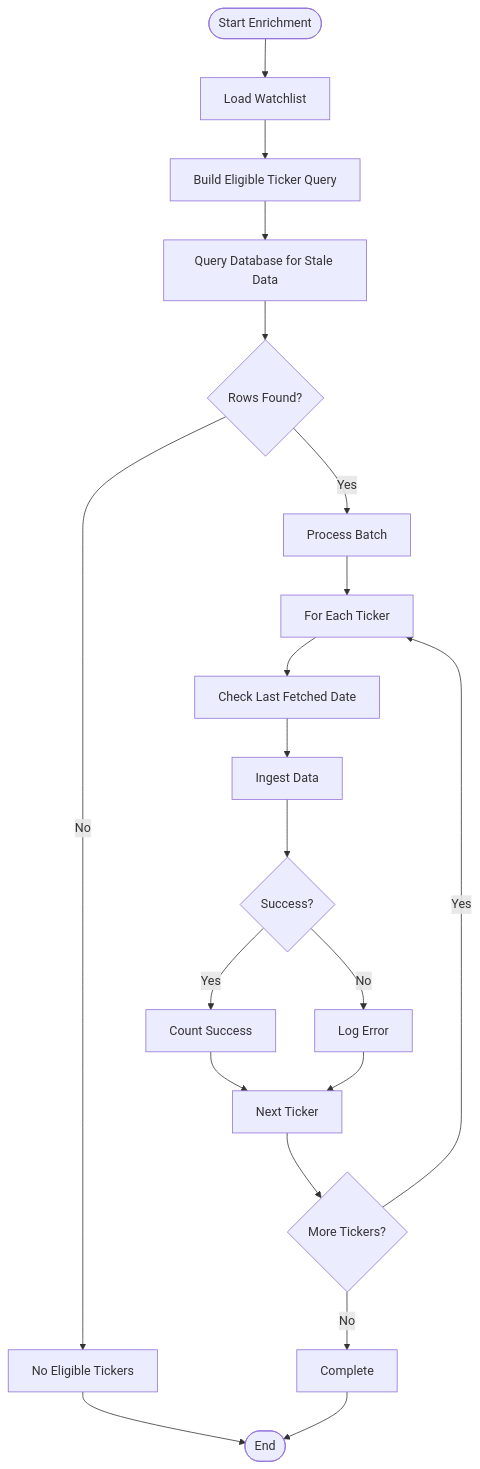
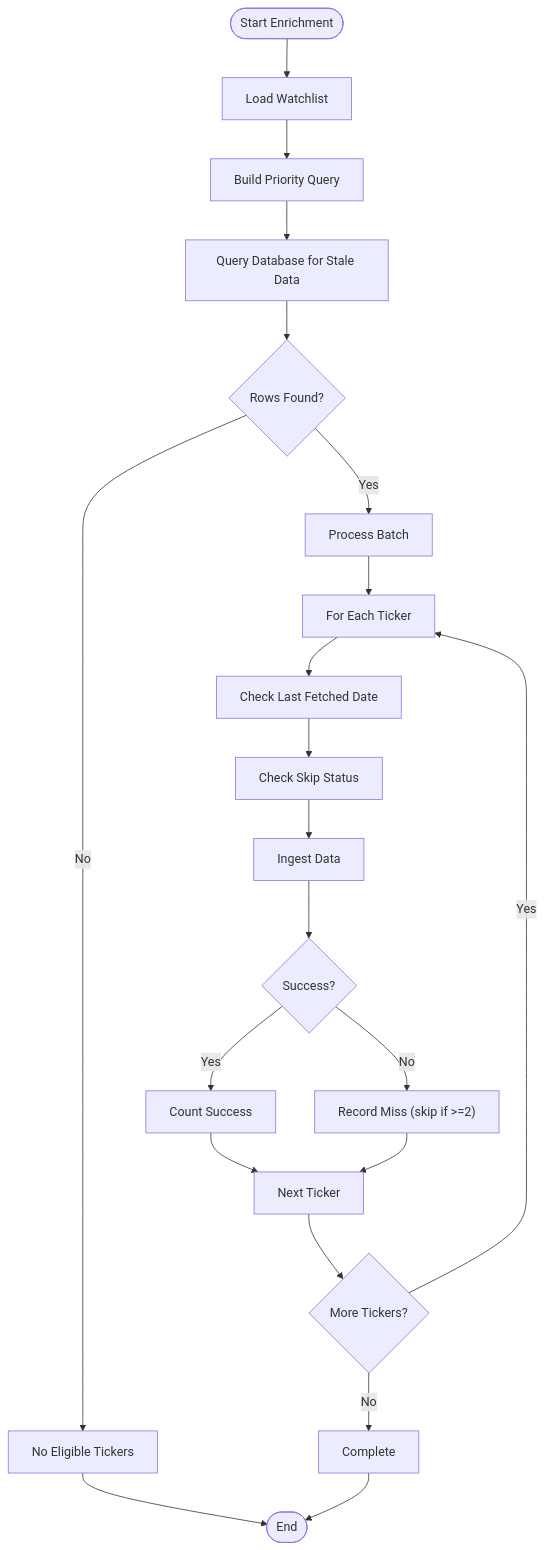
The third of 21 diagrams in .qoder/repowiki/en/content/Core Components/Data Engineering Module/Data Engineering Module.md (ZengSeng/telegram-bot), drawn with Mermaid before and after one commit. The commit also changed other lines of this file and 22 other files, not shown here.

````diff
--- a/.qoder/repowiki/en/content/Core Components/Data Engineering Module/Data Engineering Module.md
+++ b/.qoder/repowiki/en/content/Core Components/Data Engineering Module/Data Engineering Module.md
@@ -307,22 +305,23 @@
 ```mermaid
 flowchart TD
 Start(["Start Enrichment"]) --> LoadWatchlist["Load Watchlist"]
-LoadWatchlist --> BuildQuery["Build Eligible Ticker Query"]
+LoadWatchlist --> BuildQuery["Build Priority Query"]
 BuildQuery --> QueryDB["Query Database for Stale Data"]
 QueryDB --> CheckRows{"Rows Found?"}
 CheckRows --> |No| NoEligible["No Eligible Tickers"]
 CheckRows --> |Yes| ProcessBatch["Process Batch"]
 ProcessBatch --> ForEachTicker["For Each Ticker"]
 ForEachTicker --> CheckStaleness["Check Last Fetched Date"]
-CheckStaleness --> IngestData["Ingest Data"]
+CheckStaleness --> CheckSkip["Check Skip Status"]
+CheckSkip --> IngestData["Ingest Data"]
 IngestData --> Success{"Success?"}
 Success --> |Yes| CountSuccess["Count Success"]
-Success --> |No| LogError["Log Error"]
+Success --> |No| RecordMiss["Record Miss (skip if >=2)"]
 CountSuccess --> NextTicker["Next Ticker"]
-LogError --> NextTicker
+RecordMiss --> NextTicker
 NextTicker --> MoreTickers{"More Tickers?"}
 MoreTickers --> |Yes| ForEachTicker
 MoreTickers --> |No| Complete["Complete"]
 NoEligible --> End(["End"])
 Complete --> End
 ```
````
